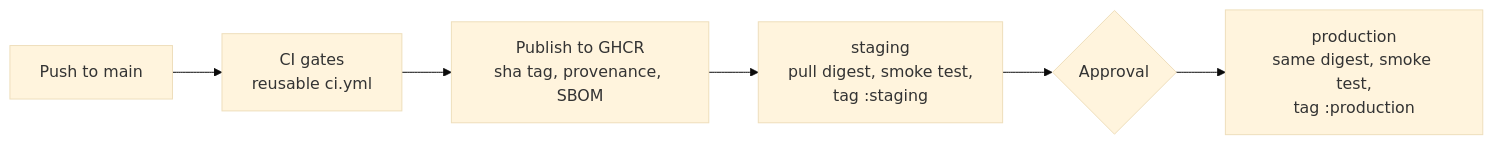
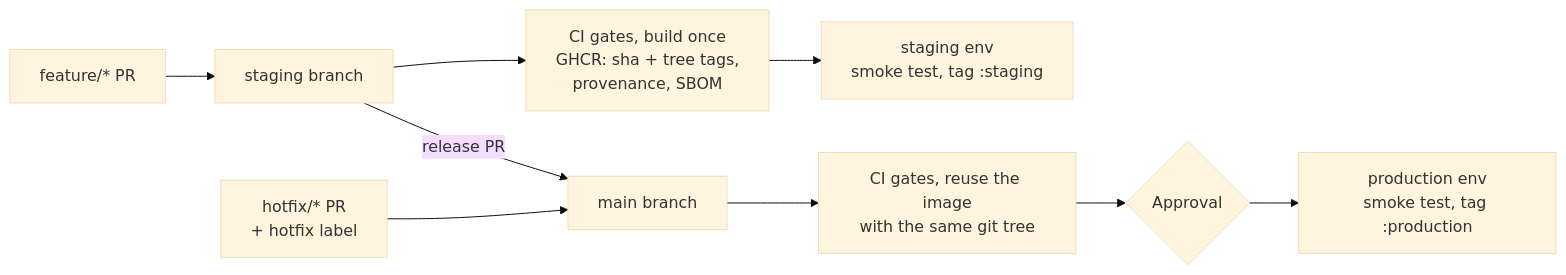
Before and after one commit to hudson-m/doc-triage: the third of 3 diagrams in README.md, drawn with Mermaid (base theme). The commit also changed other lines of this file and 10 other files, not shown here.

First line of the commit message:
Release flow: features to staging, releases staging -> main, labelled hotfixes

````diff
--- a/README.md
+++ b/README.md
@@ -58,8 +63,11 @@
 ```mermaid
 flowchart LR
-  M[Push to main] --> CI[CI gates<br/>reusable ci.yml]
-  CI --> P[Publish to GHCR<br/>sha tag, provenance, SBOM]
-  P --> ST[staging<br/>pull digest, smoke test,<br/>tag :staging]
-  ST --> A{Approval}
-  A --> PR2[production<br/>same digest, smoke test,<br/>tag :production]
+  F[feature/* PR] --> S[staging branch]
+  S --> B[CI gates, build once<br/>GHCR: sha + tree tags,<br/>provenance, SBOM]
+  B --> SE[staging env<br/>smoke test, tag :staging]
+  S -- release PR --> M[main branch]
+  H[hotfix/* PR<br/>+ hotfix label] --> M
+  M --> R[CI gates, reuse the image<br/>with the same git tree]
+  R --> A{Approval}
+  A --> PE[production env<br/>smoke test, tag :production]
 ```
````
